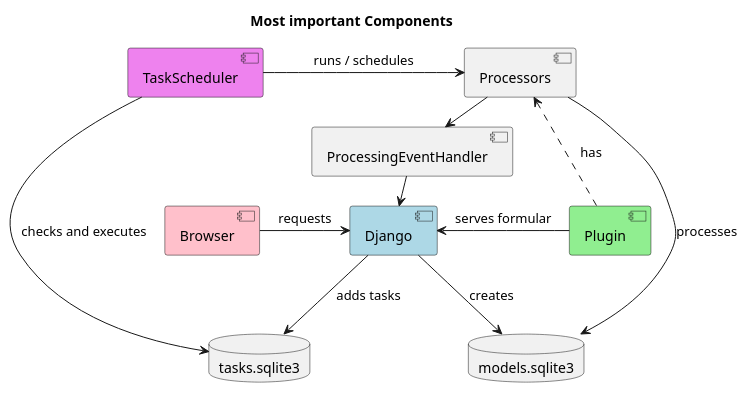
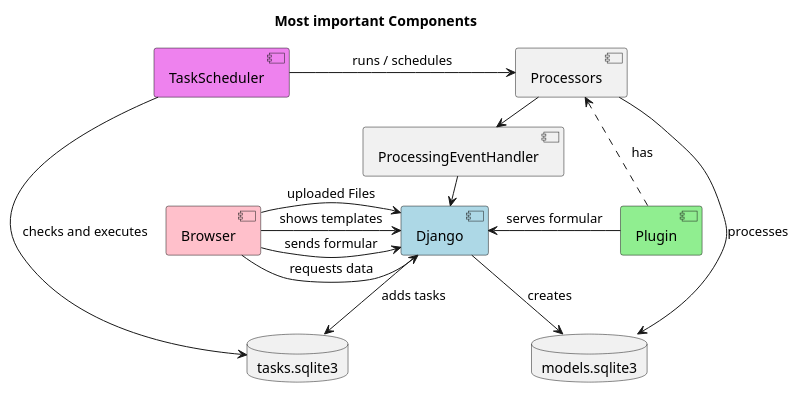
One commit to pIlIp-d/PDF-Compressor changed the diagram in documentation/diagrams/source/components.puml. Above: the diagram before and after it, drawn with PlantUML. The commit also changed 9 other files, not shown here.

Commit message:
added documentation diagrams components and sequence

```diff
--- a/documentation/diagrams/source/components.puml
+++ b/documentation/diagrams/source/components.puml
@@ -1,25 +1,28 @@
 @startuml
 
     title Most important Components
     component Browser #pink
     component Django #lightblue
     component TaskScheduler #violet
     component Processors
     component Plugin #lightgreen
     component ProcessingEventHandler
     database models.sqlite3
     database tasks.sqlite3
 
     Django --> models.sqlite3: creates
     Django --> tasks.sqlite3: adds tasks
     Plugin -> Django: serves formular
     Plugin -up.> Processors: has
 
-    Browser -> Django: requests
+    Browser -> Django: requests data
+    Browser -> Django: shows templates
+    Browser -> Django: uploaded Files
+    Browser -> Django: sends formular
     TaskScheduler -> Processors: runs / schedules
     TaskScheduler -> tasks.sqlite3: checks and executes
     ProcessingEventHandler -> Django: sends requests
 
     Processors -> [ProcessingEventHandler]: signal events
     Processors -down-> models.sqlite3: processes
 @enduml
```
